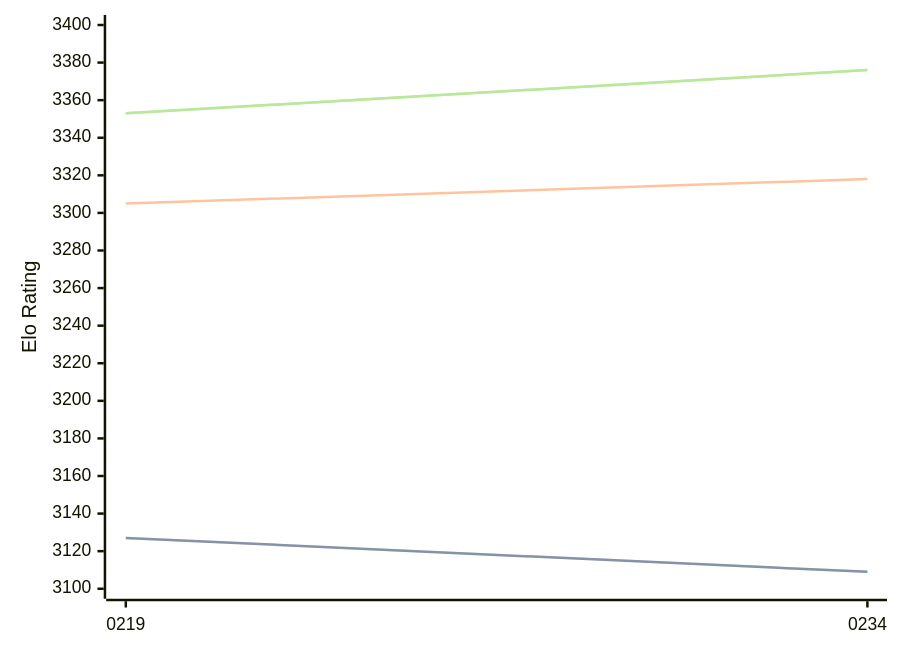
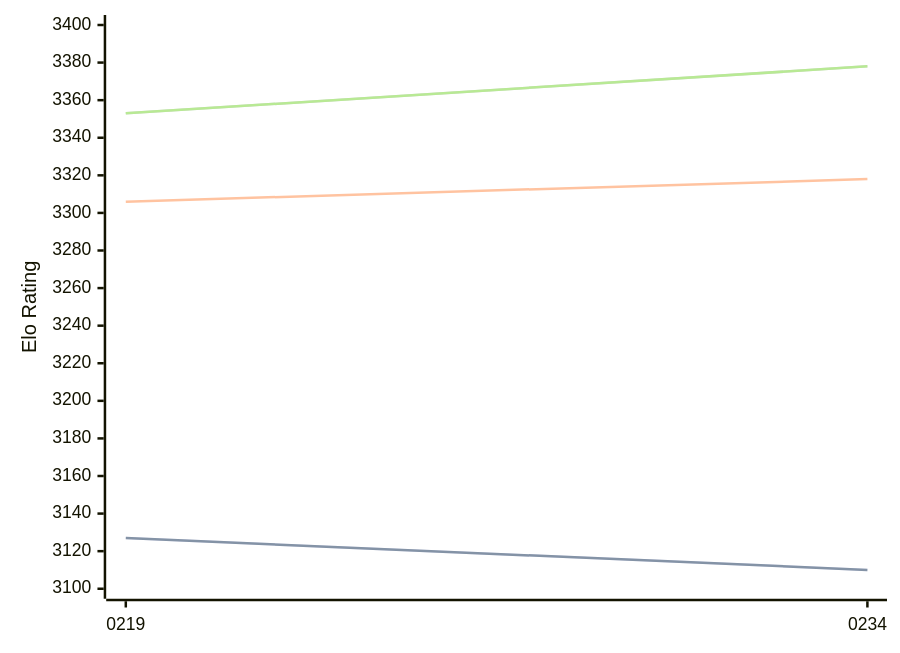
Before and after one commit to computer-chess-index/cci: the third of 3 diagrams in engines/Ynode.md, drawn with Mermaid. The commit also changed other lines of this file, not shown here.

Commit message:
Update CCI Ratings (ELO VLTC) - 2026-06-18

````diff
--- a/engines/Ynode.md
+++ b/engines/Ynode.md
@@ -72,11 +72,11 @@
 ```mermaid
 %%{init: {"theme":"base","themeVariables":{"seriesColors:['#a3a3a3','#222221','#faa371']}}}%%
 xychart-beta
   x-axis ["0219", "0234"]
   y-axis "Elo Rating" 3100 --> 3400
-  line "STC (8.0+0.08s)" [3127, 3109]
-  line "STC (8.0+0.08s)" [3127, 3109]
-  line "LTC (60.0+0.60s)" [3305, 3318]
-  line "VLTC (2m24s+1.12s)" [3353, 3376]
-  line "VLTC (2m24s+1.12s)" [3353, 3376]
+  line "STC (8.0+0.08s)" [3127, 3110]
+  line "STC (8.0+0.08s)" [3127, 3110]
+  line "LTC (60.0+0.60s)" [3306, 3318]
+  line "VLTC (2m24s+1.12s)" [3353, 3378]
+  line "VLTC (2m24s+1.12s)" [3353, 3378]
 ```
````
